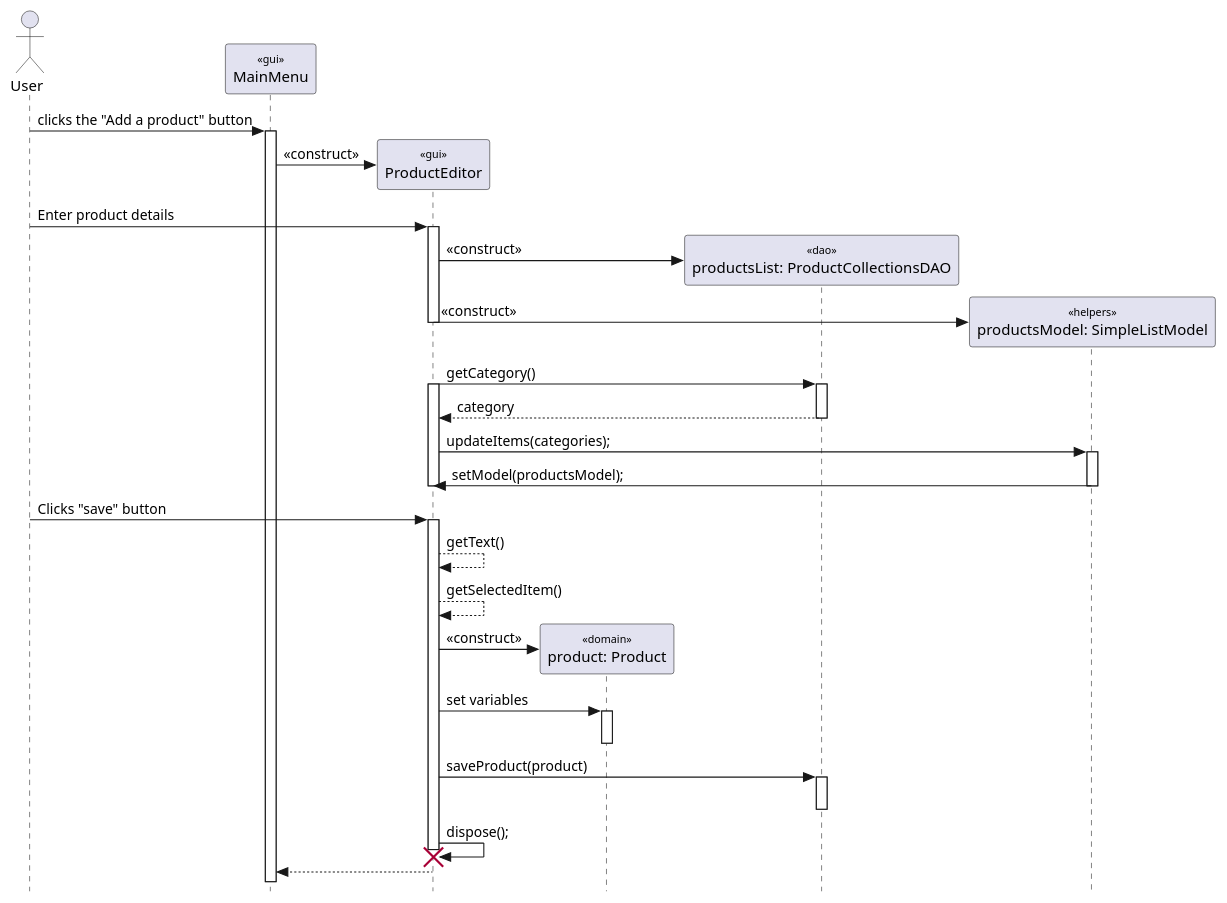
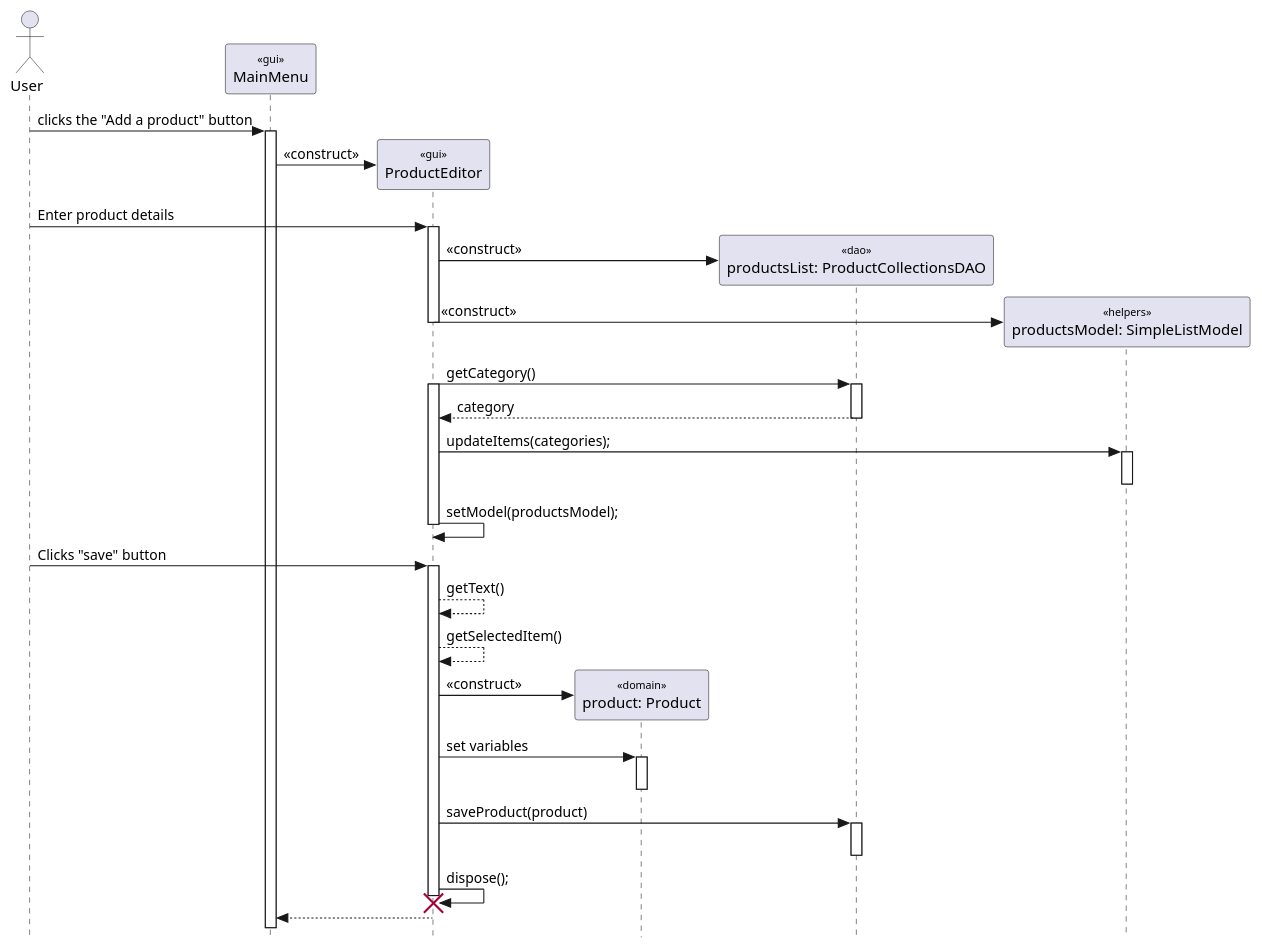
The diagram in info202_project/diagrams/AddProduct.puml (seuwand-tee/Shopping-System), drawn with PlantUML before and after one commit.

Commit message:
UML for AddProducts Changes References #12

```diff
--- a/info202_project/diagrams/AddProduct.puml
+++ b/info202_project/diagrams/AddProduct.puml
@@ -1,55 +1,56 @@
 @startuml
 skinparam {
   Style StrictUML
   SequenceStereotype {
     Font {
       Size 10
       Style plain
     }
   }
 }
 actor "User" as user
 participant "MainMenu" as menu <<gui>>
 participant "ProductEditor" as productEditor <<gui>>
 participant "product: Product" as product <<domain>>
 participant "productsList: ProductCollectionsDAO" as ProductCollectionsDAO <<dao>>
 participant "productsModel: SimpleListModel" as SimpleListModel <<helpers>>
 
 
 'create the product editor menu
 ' user clicks the view a product button
 user -> menu++ : clicks the "Add a product" button
 create productEditor
 menu -> productEditor : <<construct>>
 
 user -> productEditor++ : Enter product details
 create ProductCollectionsDAO
 productEditor -> ProductCollectionsDAO : <<construct>>
 create SimpleListModel
 productEditor -> SimpleListModel : <<construct>>
 productEditor--
+
 productEditor -> ProductCollectionsDAO++ :getCategory()
 productEditor++
 ProductCollectionsDAO --> productEditor :category
 ProductCollectionsDAO--
 productEditor -> SimpleListModel++:updateItems(categories);
-SimpleListModel -> productEditor :setModel(productsModel);
 SimpleListModel--
+productEditor -> productEditor :setModel(productsModel);
 productEditor--
 
 user -> productEditor++ : Clicks "save" button
 productEditor --> productEditor: getText()
 productEditor --> productEditor: getSelectedItem()
 create product
 productEditor -> product: <<construct>>
 'user enter variables
 productEditor -> product++ :set variables 
 product--
 
 productEditor -> ProductCollectionsDAO++ : saveProduct(product)
 ProductCollectionsDAO--
 productEditor -> productEditor :dispose();
 destroy productEditor 
 productEditor --> menu
 
 @enduml
```
